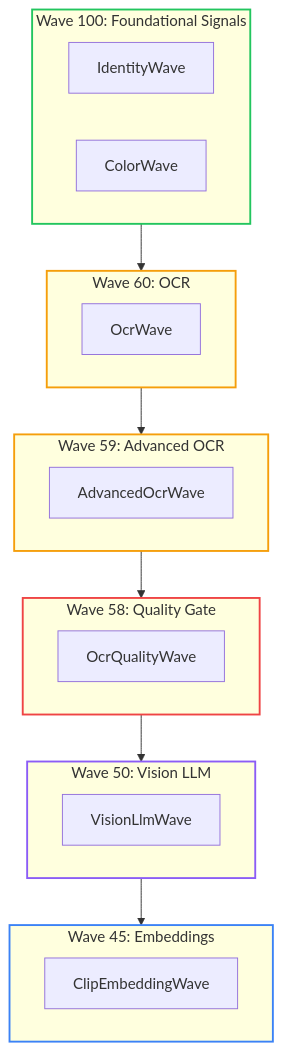
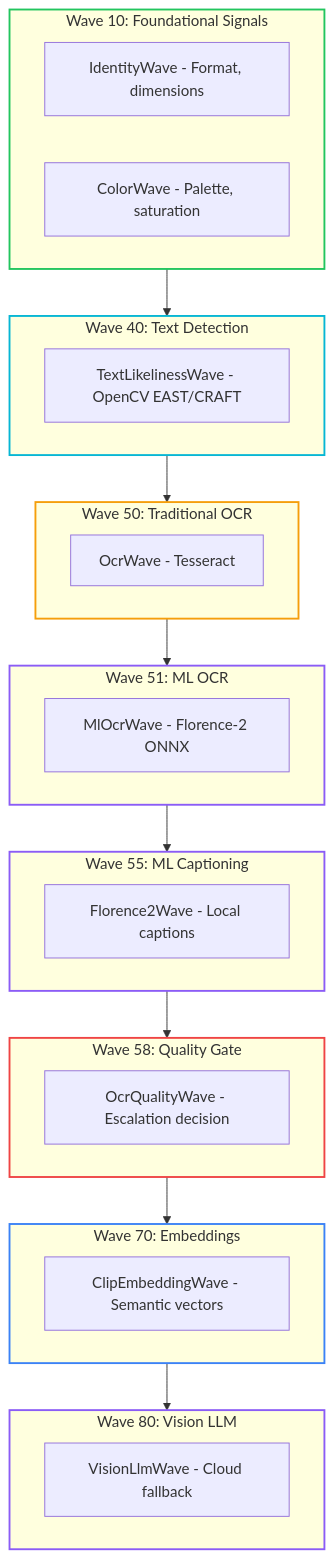
The diagram in Mostlylucid/Markdown/constrained-fuzzy-image-intelligence.md (Shaddix/mostlylucidweb), drawn with Mermaid before and after one commit. The commit also changed other lines of this file and 8 other files, not shown here.

````diff
--- a/Mostlylucid/Markdown/constrained-fuzzy-image-intelligence.md
+++ b/Mostlylucid/Markdown/constrained-fuzzy-image-intelligence.md
@@ -122,36 +187,46 @@
 ```mermaid
 flowchart TB
-    subgraph Wave100["Wave 100: Foundational Signals"]
-        W1[IdentityWave]
-        W2[ColorWave]
+    subgraph Wave10["Wave 10: Foundational Signals"]
+        W1[IdentityWave - Format, dimensions]
+        W2[ColorWave - Palette, saturation]
     end
 
-    subgraph Wave60["Wave 60: OCR"]
-        W3[OcrWave]
+    subgraph Wave40["Wave 40: Text Detection"]
+        W9[TextLikelinessWave - OpenCV EAST/CRAFT]
     end
 
-    subgraph Wave59["Wave 59: Advanced OCR"]
-        W4[AdvancedOcrWave]
+    subgraph Wave50["Wave 50: Traditional OCR"]
+        W3[OcrWave - Tesseract]
+    end
+
+    subgraph Wave51["Wave 51: ML OCR"]
+        W8[MlOcrWave - Florence-2 ONNX]
+    end
+
+    subgraph Wave55["Wave 55: ML Captioning"]
+        W10[Florence2Wave - Local captions]
     end
 
     subgraph Wave58["Wave 58: Quality Gate"]
-        W5[OcrQualityWave]
+        W5[OcrQualityWave - Escalation decision]
     end
 
-    subgraph Wave50["Wave 50: Vision LLM"]
-        W6[VisionLlmWave]
+    subgraph Wave70["Wave 70: Embeddings"]
+        W7[ClipEmbeddingWave - Semantic vectors]
     end
 
-    subgraph Wave45["Wave 45: Embeddings"]
-        W7[ClipEmbeddingWave]
+    subgraph Wave80["Wave 80: Vision LLM"]
+        W6[VisionLlmWave - Cloud fallback]
     end
 
-    Wave100 --> Wave60 --> Wave59 --> Wave58 --> Wave50 --> Wave45
+    Wave10 --> Wave40 --> Wave50 --> Wave51 --> Wave55 --> Wave58 --> Wave70 --> Wave80
 
-    style Wave100 stroke:#22c55e,stroke-width:2px
-    style Wave60 stroke:#f59e0b,stroke-width:2px
-    style Wave59 stroke:#f59e0b,stroke-width:2px
+    style Wave10 stroke:#22c55e,stroke-width:2px
+    style Wave40 stroke:#06b6d4,stroke-width:2px
+    style Wave50 stroke:#f59e0b,stroke-width:2px
+    style Wave51 stroke:#8b5cf6,stroke-width:2px
+    style Wave55 stroke:#8b5cf6,stroke-width:2px
     style Wave58 stroke:#ef4444,stroke-width:2px
-    style Wave50 stroke:#8b5cf6,stroke-width:2px
-    style Wave45 stroke:#3b82f6,stroke-width:2px
+    style Wave70 stroke:#3b82f6,stroke-width:2px
+    style Wave80 stroke:#8b5cf6,stroke-width:2px
 ```
````
